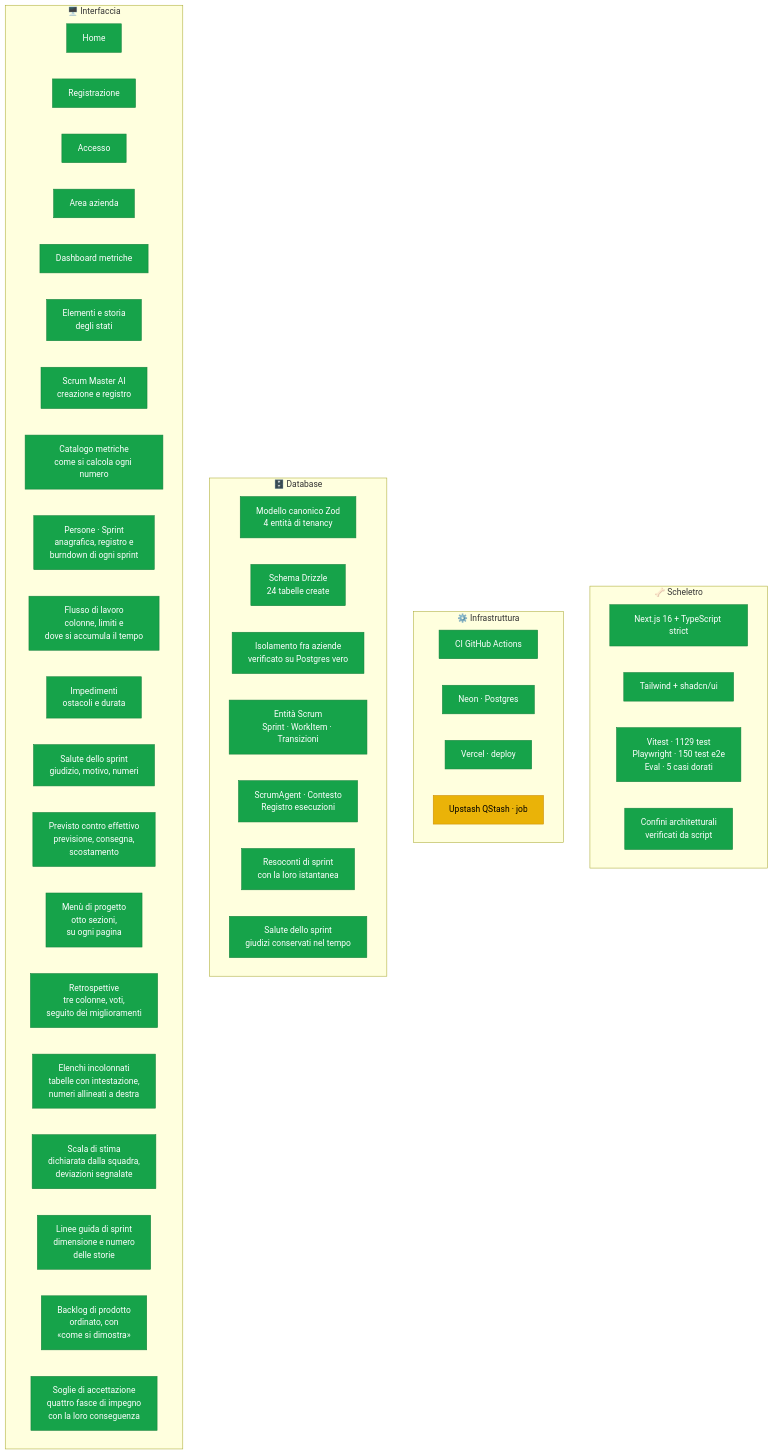
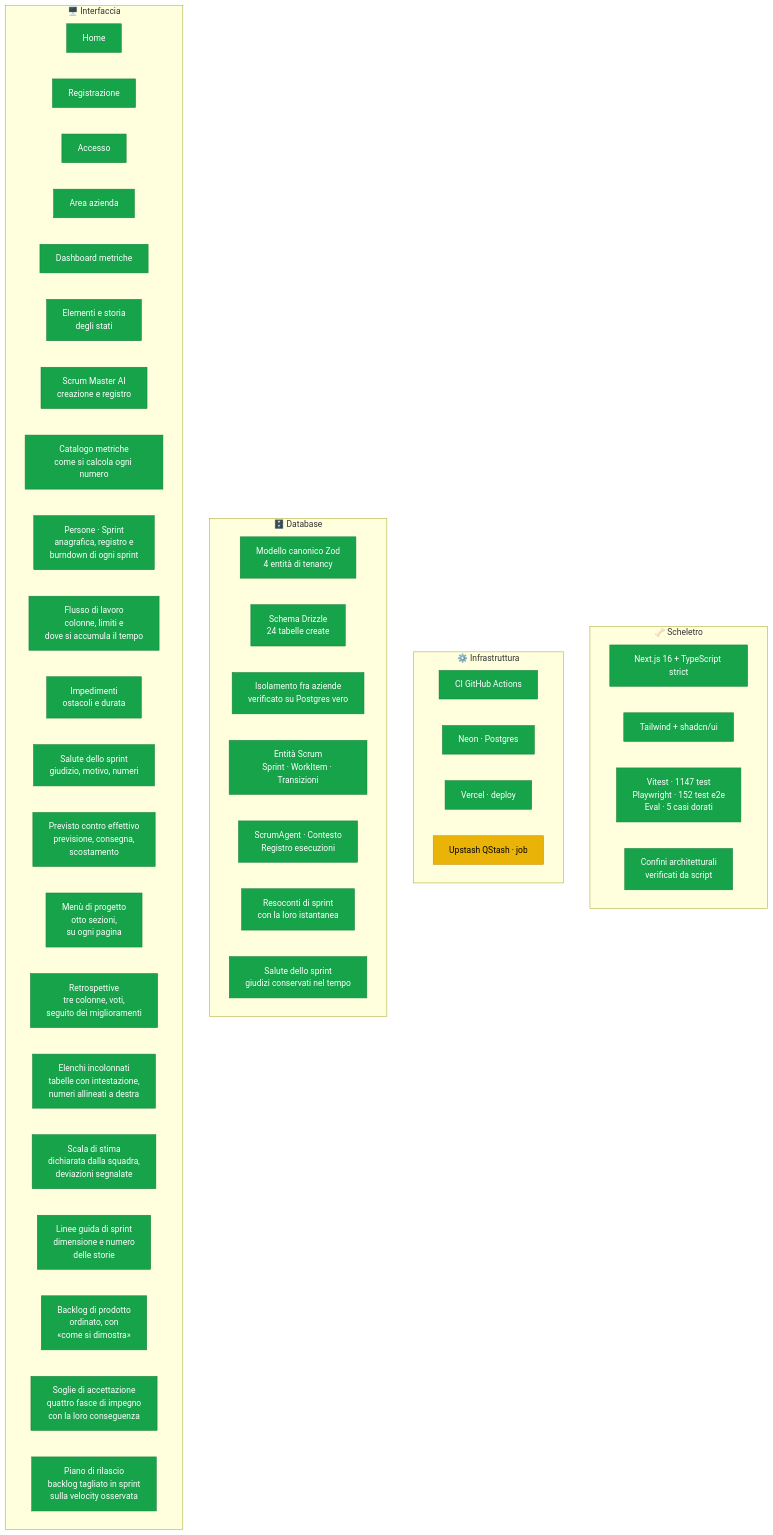
The first of 3 diagrams in docs/stato-progetto.md (dibari62/scrum-master-ai), drawn with Mermaid before and after one commit. The commit also changed other lines of this file and 8 other files, not shown here.

First line of the commit message:
feat(metrics): il piano di rilascio, verificato sull'esempio del libro

````diff
--- a/docs/stato-progetto.md
+++ b/docs/stato-progetto.md
@@ -16,59 +16,60 @@
 ```mermaid
 graph TB
     subgraph SCH["🦴 Scheletro"]
         S1["Next.js 16 + TypeScript strict"]
         S2["Tailwind + shadcn/ui"]
-        S3["Vitest · 1129 test<br/>Playwright · 150 test e2e<br/>Eval · 5 casi dorati"]
+        S3["Vitest · 1147 test<br/>Playwright · 152 test e2e<br/>Eval · 5 casi dorati"]
         S4["Confini architetturali<br/>verificati da script"]
     end
 
     subgraph INF["⚙️ Infrastruttura"]
         I1["CI GitHub Actions"]
         I2["Neon · Postgres"]
         I3["Vercel · deploy"]
         I4["Upstash QStash · job"]
     end
 
     subgraph DB["🗄️ Database"]
         D1["Modello canonico Zod<br/>4 entità di tenancy"]
         D2["Schema Drizzle<br/>24 tabelle create"]
         D3["Isolamento fra aziende<br/>verificato su Postgres vero"]
         D4["Entità Scrum<br/>Sprint · WorkItem · Transizioni"]
         D5["ScrumAgent · Contesto<br/>Registro esecuzioni"]
         D6["Resoconti di sprint<br/>con la loro istantanea"]
         D7["Salute dello sprint<br/>giudizi conservati nel tempo"]
     end
 
     subgraph UI["🖥️ Interfaccia"]
         U1["Home"]
         U2["Registrazione"]
         U3["Accesso"]
         U4["Area azienda"]
         U5["Dashboard metriche"]
         U7["Elementi e storia<br/>degli stati"]
         U6["Scrum Master AI<br/>creazione e registro"]
         U8["Catalogo metriche<br/>come si calcola ogni numero"]
         U9["Persone · Sprint<br/>anagrafica, registro e<br/>burndown di ogni sprint"]
         U10["Flusso di lavoro<br/>colonne, limiti e<br/>dove si accumula il tempo"]
         U11["Impedimenti<br/>ostacoli e durata"]
         U12["Salute dello sprint<br/>giudizio, motivo, numeri"]
         U13["Previsto contro effettivo<br/>previsione, consegna,<br/>scostamento"]
         U14["Menù di progetto<br/>otto sezioni,<br/>su ogni pagina"]
         U15["Retrospettive<br/>tre colonne, voti,<br/>seguito dei miglioramenti"]
         U16["Elenchi incolonnati<br/>tabelle con intestazione,<br/>numeri allineati a destra"]
         U17["Scala di stima<br/>dichiarata dalla squadra,<br/>deviazioni segnalate"]
         U18["Linee guida di sprint<br/>dimensione e numero<br/>delle storie"]
         U19["Backlog di prodotto<br/>ordinato, con<br/>«come si dimostra»"]
         U20["Soglie di accettazione<br/>quattro fasce di impegno<br/>con la loro conseguenza"]
+        U21["Piano di rilascio<br/>backlog tagliato in sprint<br/>sulla velocity osservata"]
     end
 
     classDef fatto fill:#16a34a,stroke:#15803d,color:#fff
     classDef corso fill:#eab308,stroke:#ca8a04,color:#000
     classDef todo fill:#e5e7eb,stroke:#9ca3af,color:#6b7280
 
     class S1,S2,S3,S4 fatto
     class I1,I2,I3 fatto
     class I4 corso
     class D1,D2,D3,D4,D5,D6,D7 fatto
-    class U1,U2,U3,U4,U5,U6,U7,U8,U9,U10,U11,U12,U13,U14,U15,U16,U17,U18,U19,U20 fatto
+    class U1,U2,U3,U4,U5,U6,U7,U8,U9,U10,U11,U12,U13,U14,U15,U16,U17,U18,U19,U20,U21 fatto
 ```
````
